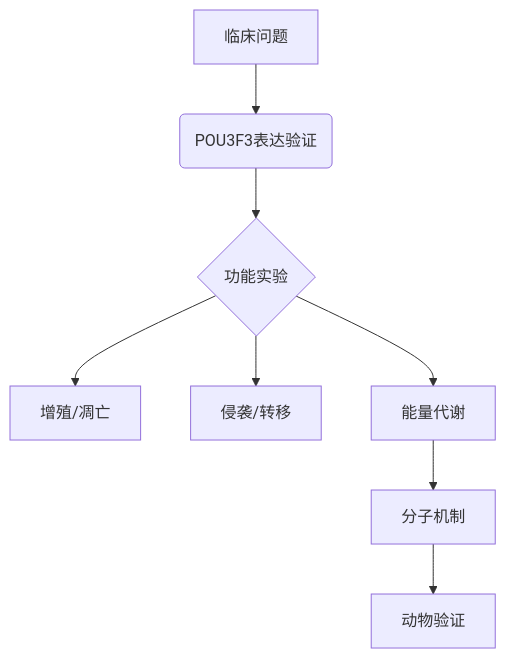
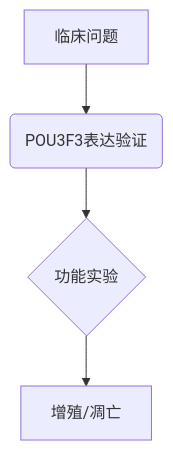
One commit to luoshui-binghua/iodraw-files changed the diagram in all/未命名.md. Above: the diagram before and after it, drawn with Mermaid.

Commit message:
2025-06-20 10:43:44 update

````diff
--- a/all/未命名.md
+++ b/all/未命名.md
@@ -1,10 +1,7 @@
 ```mermaid
 graph TD
 A[临床问题] --> B(POU3F3表达验证)
 B --> C{功能实验}
 C --> D[增殖/凋亡]
-C --> E[侵袭/转移]
-C --> F[能量代谢]
-F --> G[分子机制]
-G --> H[动物验证]
+
 ```
````
